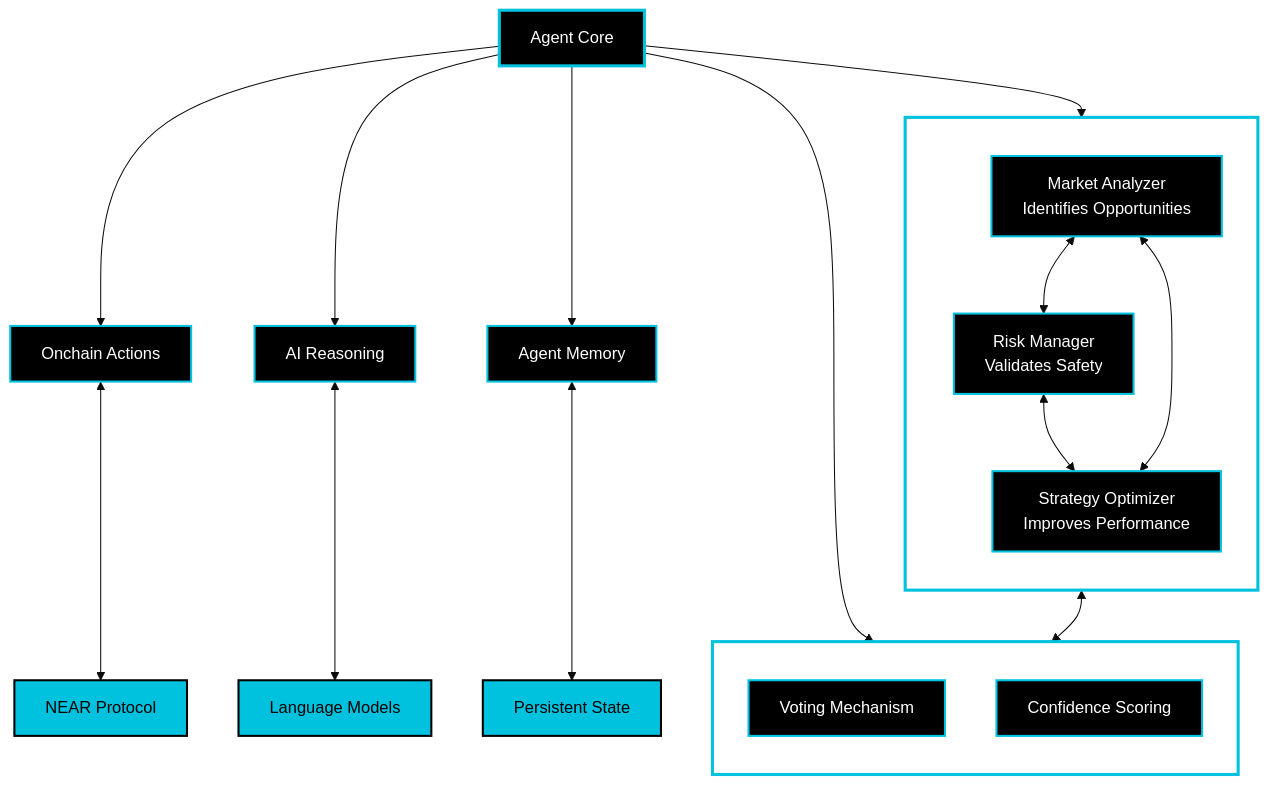
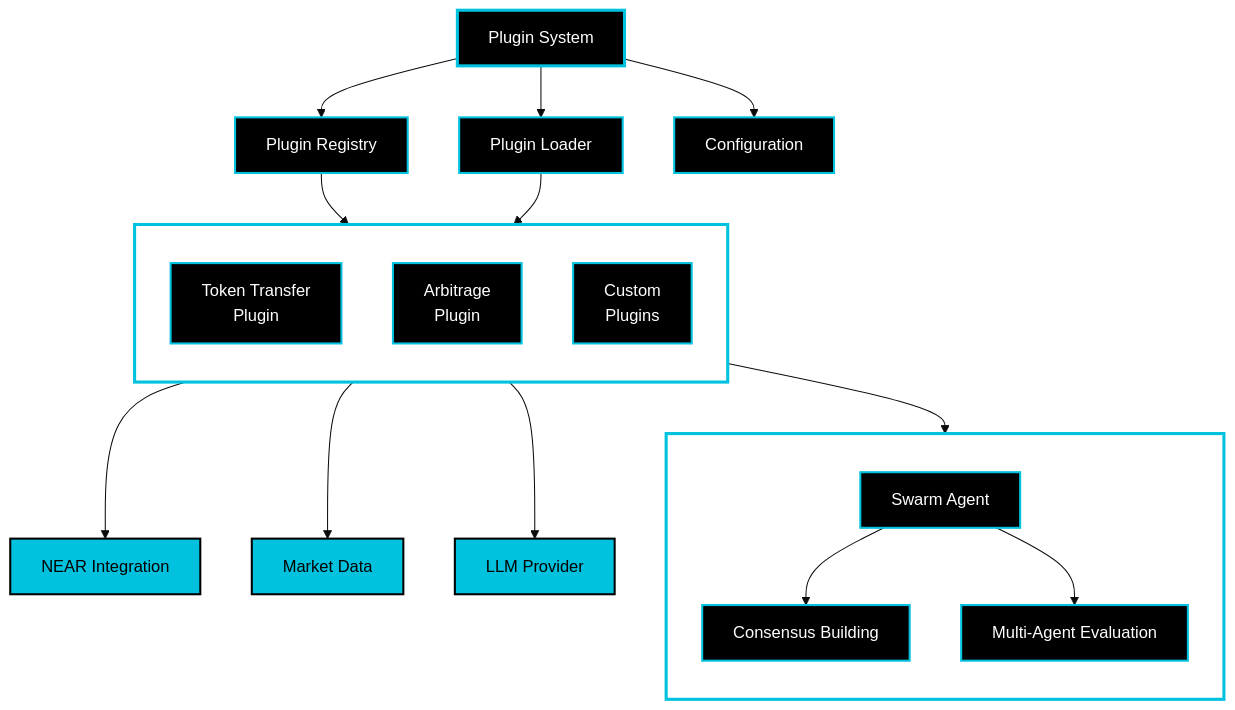
One commit to jbarnes850/near-ai-agent-studio changed the diagram in README.md. Above: the diagram before and after it, drawn with Mermaid (base theme). The commit also changed other lines of this file and 49 other files, not shown here.

First line of the commit message:
feat: Enhance plugin architecture and update documentation

````diff
--- a/README.md
+++ b/README.md
@@ -164,74 +215,64 @@
 ```mermaid
 graph TB
-    %% Core Components
-    Core[Agent Core]
+    %% Core System
+    Core[Plugin System]
     style Core fill:black,stroke:#00C1DE,stroke-width:3px,color:white
 
-    %% Agent Capabilities
-    OnChain[Onchain Actions]
-    AI[AI Reasoning]
-    Memory[Agent Memory]
-    style OnChain fill:black,stroke:#00C1DE,stroke-width:2px,color:white
-    style AI fill:black,stroke:#00C1DE,stroke-width:2px,color:white
-    style Memory fill:black,stroke:#00C1DE,stroke-width:2px,color:white
+    %% Plugin Management
+    Registry[Plugin Registry]
+    Loader[Plugin Loader]
+    Config[Configuration]
+    style Registry fill:black,stroke:#00C1DE,stroke-width:2px,color:white
+    style Loader fill:black,stroke:#00C1DE,stroke-width:2px,color:white
+    style Config fill:black,stroke:#00C1DE,stroke-width:2px,color:white
 
-    %% External Systems
-    Blockchain[NEAR Protocol]
-    LLM[Language Models]
-    Storage[Persistent State]
-    style Blockchain fill:#00C1DE,stroke:black,stroke-width:2px,color:black
+    %% Core Services
+    NEAR[NEAR Integration]
+    Market[Market Data]
+    LLM[LLM Provider]
+    style NEAR fill:#00C1DE,stroke:black,stroke-width:2px,color:black
+    style Market fill:#00C1DE,stroke:black,stroke-width:2px,color:black
     style LLM fill:#00C1DE,stroke:black,stroke-width:2px,color:black
-    style Storage fill:#00C1DE,stroke:black,stroke-width:2px,color:black
+
+    %% Plugin Layer
+    subgraph Plugins[Agent Plugins]
+        direction TB
+        TokenTransfer[Token Transfer<br/>Plugin]
+        Arbitrage[Arbitrage<br/>Plugin]
+        Custom[Custom<br/>Plugins]
+
+        style TokenTransfer fill:black,stroke:#00C1DE,stroke-width:2px,color:white
+        style Arbitrage fill:black,stroke:#00C1DE,stroke-width:2px,color:white
+        style Custom fill:black,stroke:#00C1DE,stroke-width:2px,color:white
+    end
+    style Plugins fill:none,stroke:#00C1DE,stroke-width:3px,color:white
 
     %% Swarm Intelligence Layer
-    subgraph Swarm[AI Swarm]
+    subgraph Swarm[Swarm Intelligence]
         direction TB
-        Analyzer[Market Analyzer<br/>Identifies Opportunities]
-        Risk[Risk Manager<br/>Validates Safety]
-        Strategy[Strategy Optimizer<br/>Improves Performance]
+        SwarmAgent[Swarm Agent]
+        Consensus[Consensus Building]
+        Evaluation[Multi-Agent Evaluation]
 
-        style Analyzer fill:black,stroke:#00C1DE,stroke-width:2px,color:white
-        style Risk fill:black,stroke:#00C1DE,stroke-width:2px,color:white
-        style Strategy fill:black,stroke:#00C1DE,stroke-width:2px,color:white
+        style SwarmAgent fill:black,stroke:#00C1DE,stroke-width:2px,color:white
+        style Consensus fill:black,stroke:#00C1DE,stroke-width:2px,color:white
+        style Evaluation fill:black,stroke:#00C1DE,stroke-width:2px,color:white
     end
     style Swarm fill:none,stroke:#00C1DE,stroke-width:3px,color:white
 
-    %% Consensus Layer
-    subgraph Consensus[Consensus System]
-        direction TB
-        Voting[Voting Mechanism]
-        Confidence[Confidence Scoring]
-        
-        style Voting fill:black,stroke:#00C1DE,stroke-width:2px,color:white
-        style Confidence fill:black,stroke:#00C1DE,stroke-width:2px,color:white
-    end
-    style Consensus fill:none,stroke:#00C1DE,stroke-width:3px,color:white
-
-    %% Core Connections
-    Core --> OnChain
-    Core --> AI
-    Core --> Memory
-    Core --> Swarm
-    Core --> Consensus
-
-    %% External Connections
-    OnChain <--> Blockchain
-    AI <--> LLM
-    Memory <--> Storage
-
-    %% Swarm Connections
-    Analyzer <--> Risk
-    Risk <--> Strategy
-    Strategy <--> Analyzer
-
-    %% Consensus Connections
-    Swarm <--> Consensus
+    %% Connections
+    Core --> Registry
+    Core --> Loader
+    Core --> Config
     
-    %% Labels
-    classDef label fill:none,stroke:none,color:white
-    class Core,OnChain,AI,Memory,Blockchain,LLM,Storage,Analyzer,Risk,Strategy,Voting,Confidence label
-
-    %% Title
-    classDef title fill:none,stroke:none,color:#00C1DE,font-size:18px
-    class Title title
+    Registry --> Plugins
+    Loader --> Plugins
+    
+    Plugins --> NEAR
+    Plugins --> Market
+    Plugins --> LLM
+    
+    Plugins --> Swarm
+    SwarmAgent --> Consensus
+    SwarmAgent --> Evaluation
 ```
````
